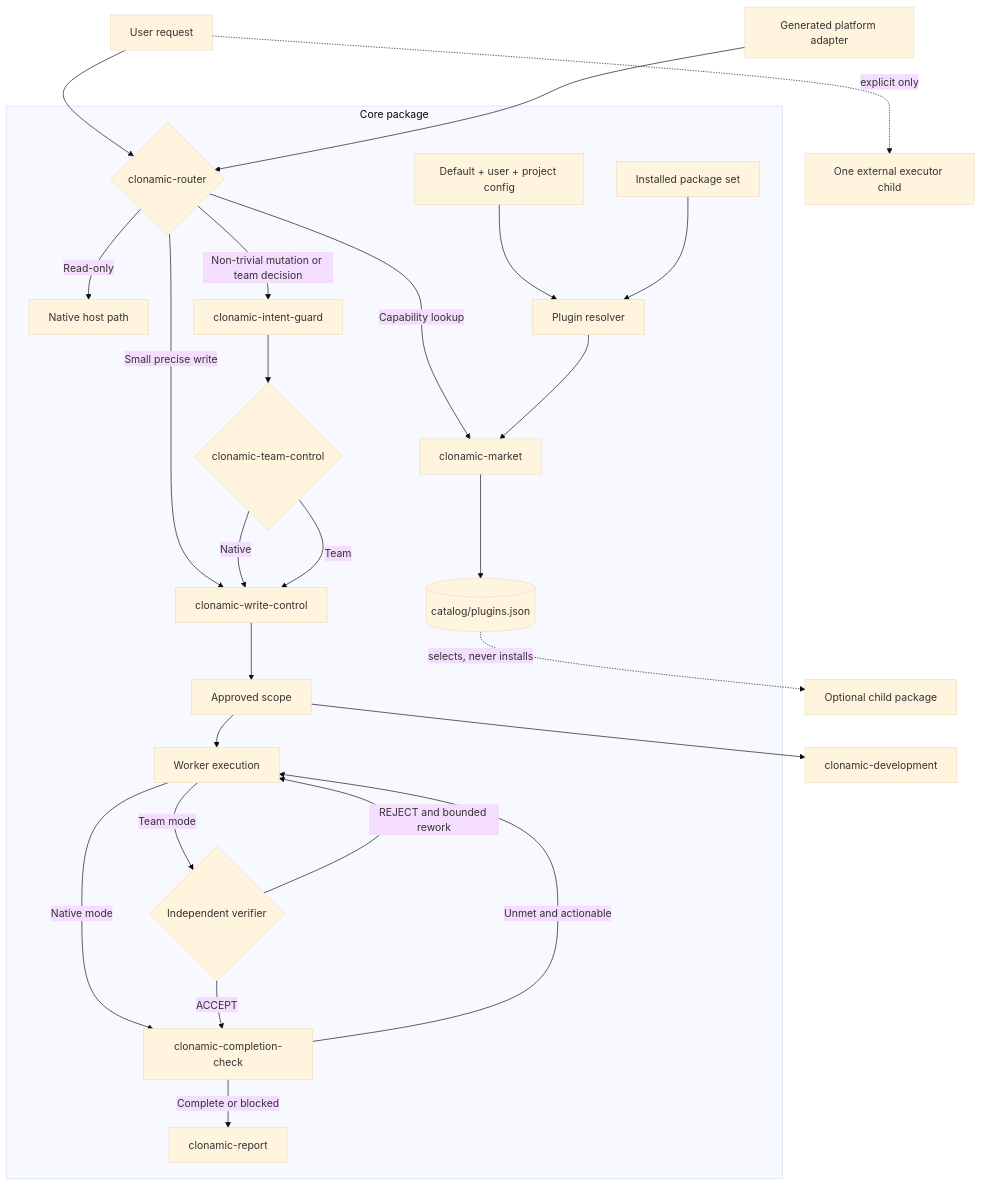
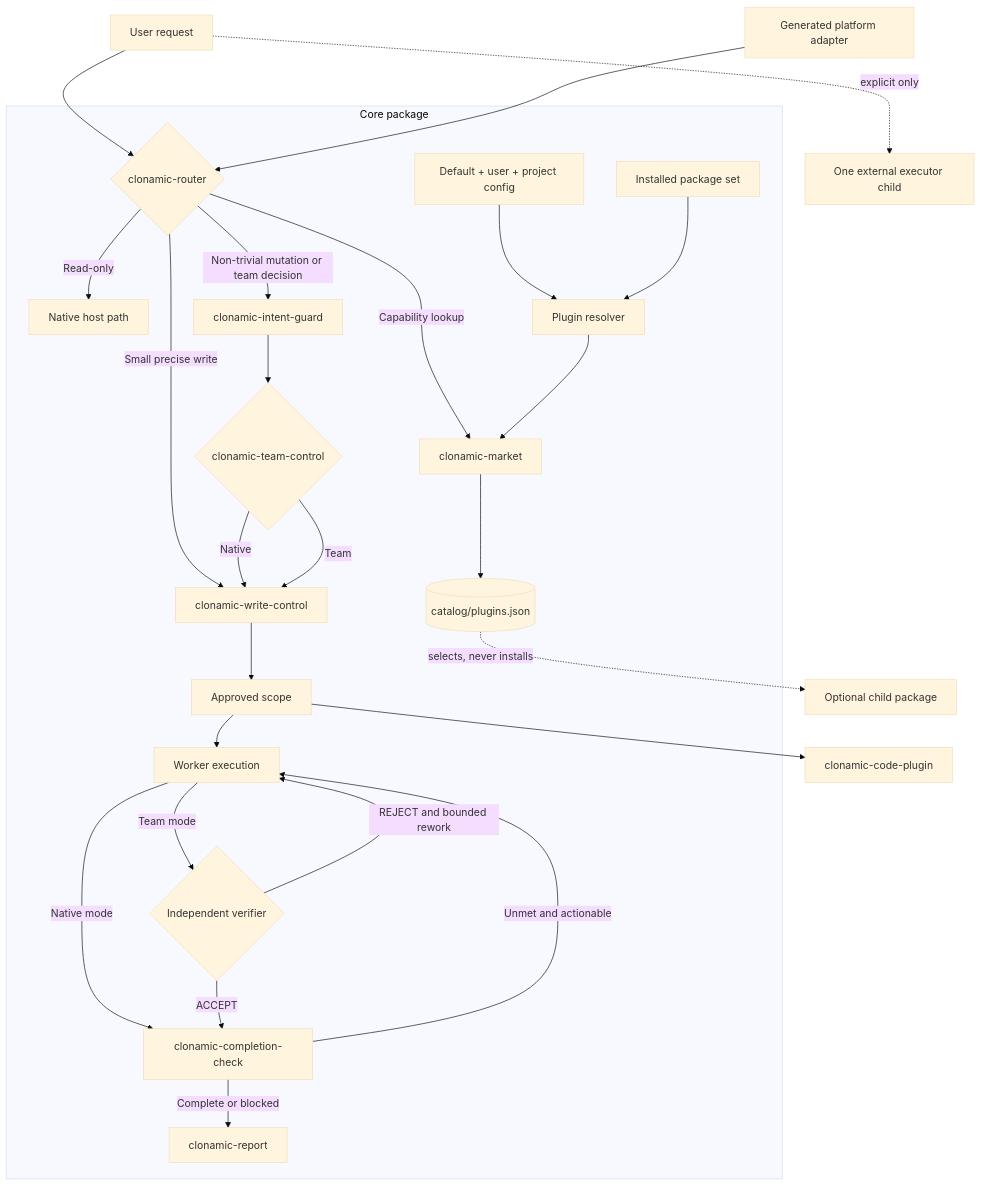
One commit to algocean1204/clonamic-herness-plugin changed the diagram in DESIGN.md. Above: the diagram before and after it, drawn with Mermaid (base theme). The commit also changed other lines of this file and 390 other files, not shown here.

````diff
--- a/DESIGN.md
+++ b/DESIGN.md
@@ -7,31 +7,31 @@
 ```mermaid
 flowchart TB
     U[User request] --> R{clonamic-router}
 
     subgraph Core[Core package]
         R -->|Read-only| H[Native host path]
         R -->|Small precise write| W[clonamic-write-control]
         R -->|Non-trivial mutation or team decision| I[clonamic-intent-guard]
         I --> T{clonamic-team-control}
         T -->|Native| W
         T -->|Team| W
         W --> A[Approved scope]
         A --> X[Worker execution]
         X -->|Native mode| C
         X -->|Team mode| V{Independent verifier}
         V -->|REJECT and bounded rework| X
         V -->|ACCEPT| C[clonamic-completion-check]
         C -->|Unmet and actionable| X
         C -->|Complete or blocked| P[clonamic-report]
         R -->|Capability lookup| M[clonamic-market]
         F[Default + user + project config] --> Q[Plugin resolver]
         J[Installed package set] --> Q
         Q --> M
         M --> K[(catalog/plugins.json)]
     end
 
     K -. selects, never installs .-> O[Optional child package]
-    A --> D[clonamic-development]
+    A --> D[clonamic-code-plugin]
     U -. explicit only .-> E[One external executor child]
     G[Generated platform adapter] --> R
 ```
````
